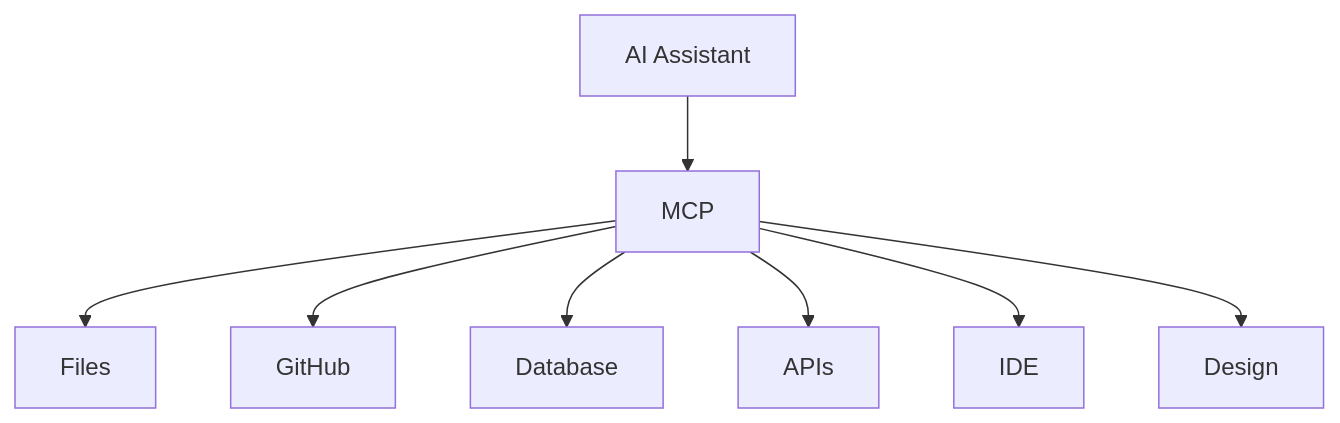
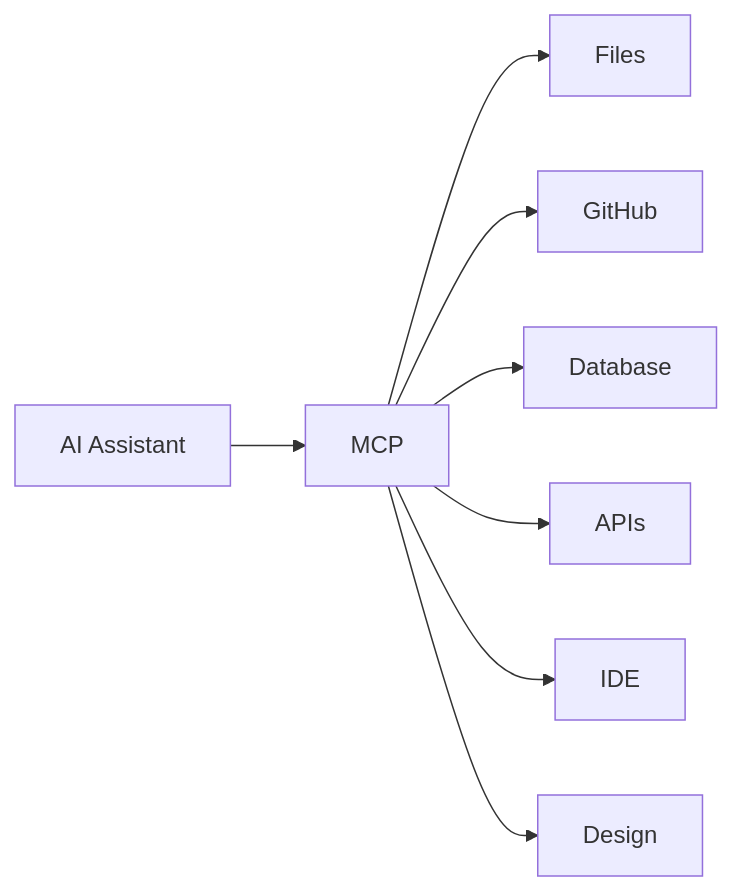
Before and after one commit to nagoodman/preso-build-app-with-ai: the third of 3 diagrams in slides/slides.md, drawn with Mermaid. The commit also changed 1 other file, not shown here.

Commit message:
Change orietnation and note about issue with Marp + Mermaid

```diff
--- a/slides/slides.md
+++ b/slides/slides.md
@@ -504,18 +504,18 @@
 <div class="mermaid">
-graph TD
+graph LR
     A[AI Assistant]
     B[MCP]
     C[Files]
     D[GitHub]
     E[Database]
     F[APIs]
     G[IDE]
     H[Design]
     A --> B
     B --> C
     B --> D
     B --> E
     B --> F
     B --> G
     B --> H
 </div>
```
